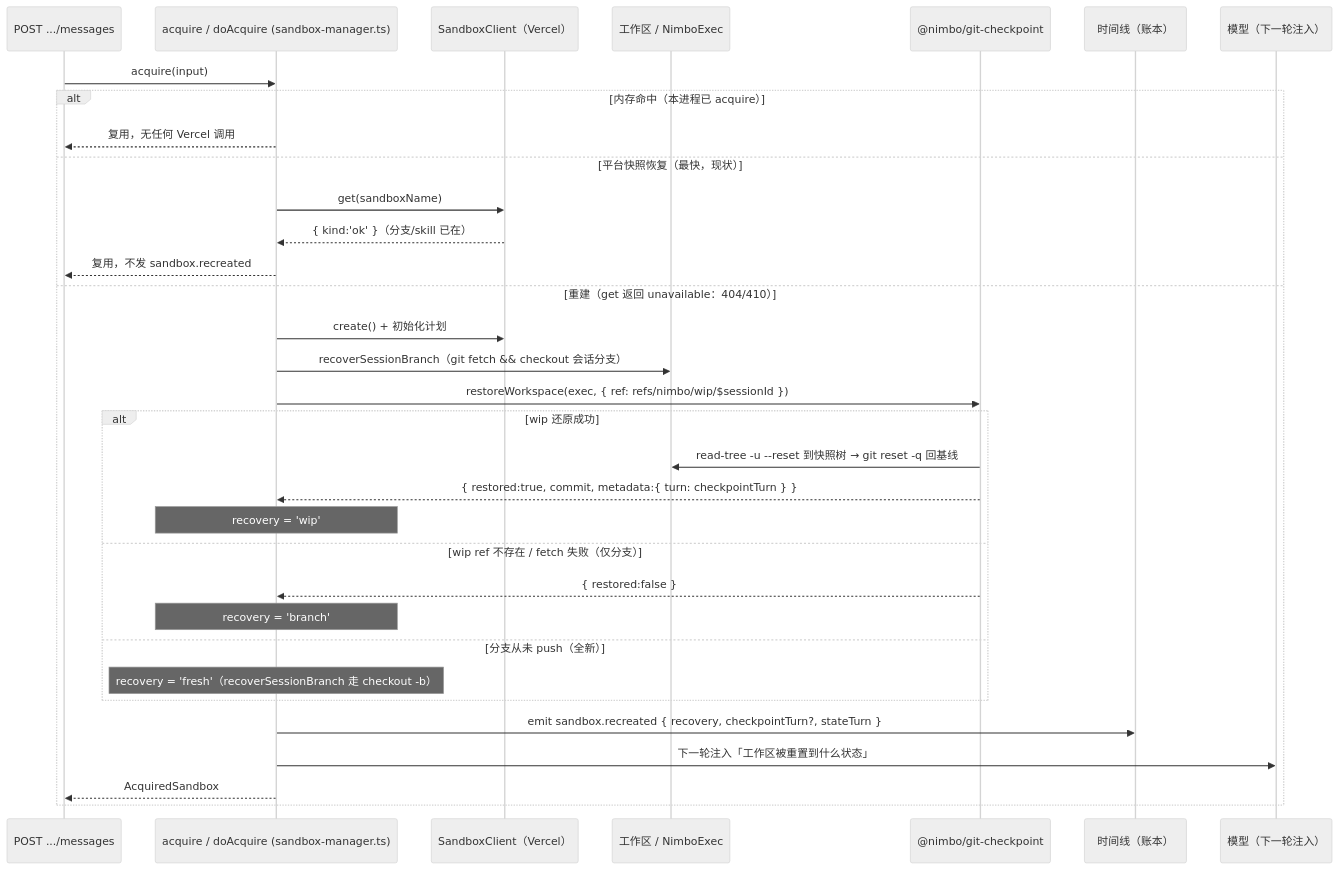
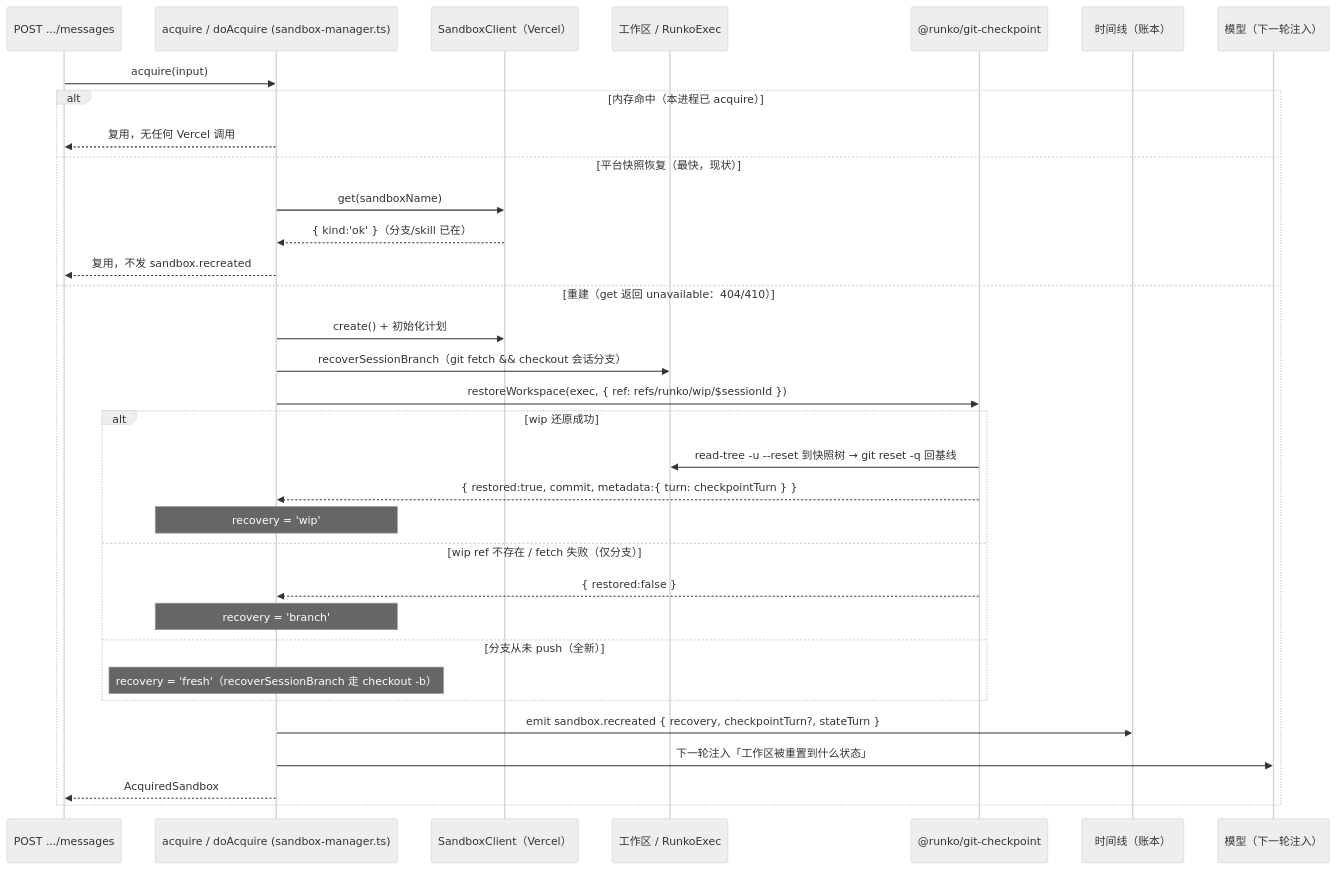
The second of 2 diagrams in docs/logic/orchestration/tech/turn-checkpoint.md (ludafa/runko), drawn with Mermaid (neutral theme) before and after one commit. The commit also changed other lines of this file and 450 other files, not shown here.

First line of the commit message:
refactor: 全仓库改名 nimbo → runko，库表名改用 agent_ 前缀

````diff
--- a/docs/logic/orchestration/tech/turn-checkpoint.md
+++ b/docs/logic/orchestration/tech/turn-checkpoint.md
@@ -100,37 +100,37 @@
 ```mermaid
 sequenceDiagram
     participant Msg as POST .../messages
     participant Acq as acquire / doAcquire (sandbox-manager.ts)
     participant Client as SandboxClient（Vercel）
-    participant Exec as 工作区 / NimboExec
-    participant CP as @nimbo/git-checkpoint
+    participant Exec as 工作区 / RunkoExec
+    participant CP as @runko/git-checkpoint
     participant Ledger as 时间线（账本）
     participant Model as 模型（下一轮注入）
 
     Msg->>Acq: acquire(input)
 
     alt 内存命中（本进程已 acquire）
         Acq-->>Msg: 复用，无任何 Vercel 调用
     else 平台快照恢复（最快，现状）
         Acq->>Client: get(sandboxName)
         Client-->>Acq: { kind:'ok' }（分支/skill 已在）
         Acq-->>Msg: 复用，不发 sandbox.recreated
     else 重建（get 返回 unavailable：404/410）
         Acq->>Client: create() + 初始化计划
         Acq->>Exec: recoverSessionBranch（git fetch && checkout 会话分支）
-        Acq->>CP: restoreWorkspace(exec, { ref: refs/nimbo/wip/$sessionId })
+        Acq->>CP: restoreWorkspace(exec, { ref: refs/runko/wip/$sessionId })
         alt wip 还原成功
             CP->>Exec: read-tree -u --reset 到快照树 → git reset -q 回基线
             CP-->>Acq: { restored:true, commit, metadata:{ turn: checkpointTurn } }
             Note over Acq: recovery = 'wip'
         else wip ref 不存在 / fetch 失败（仅分支）
             CP-->>Acq: { restored:false }
             Note over Acq: recovery = 'branch'
         else 分支从未 push（全新）
             Note over Acq: recovery = 'fresh'（recoverSessionBranch 走 checkout -b）
         end
         Acq->>Ledger: emit sandbox.recreated { recovery, checkpointTurn?, stateTurn }
         Acq->>Model: 下一轮注入「工作区被重置到什么状态」
         Acq-->>Msg: AcquiredSandbox
     end
 ```
````
